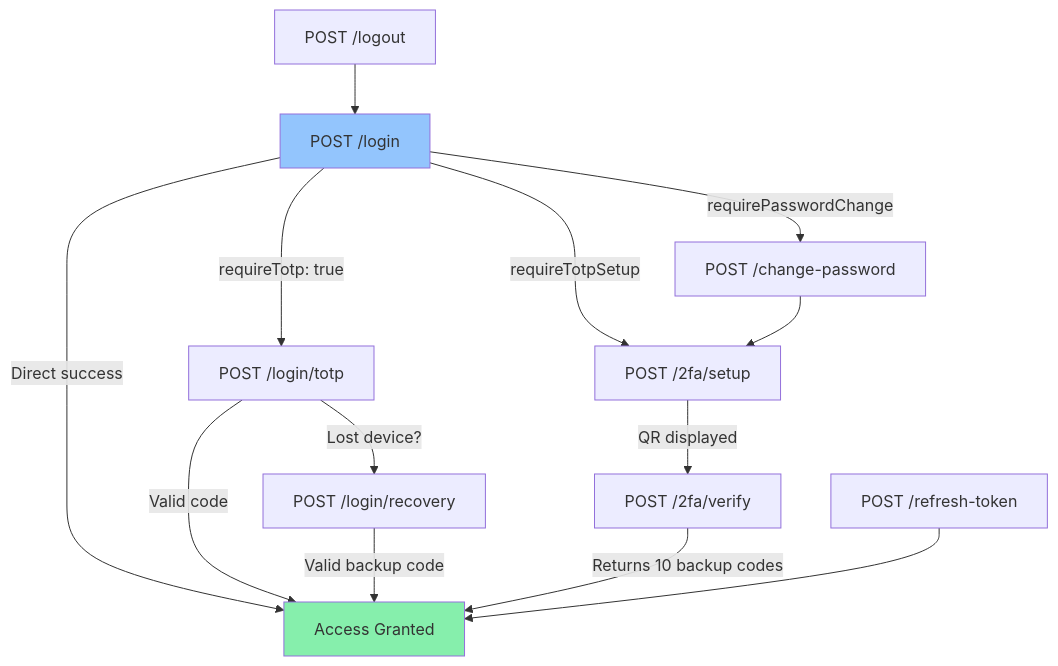
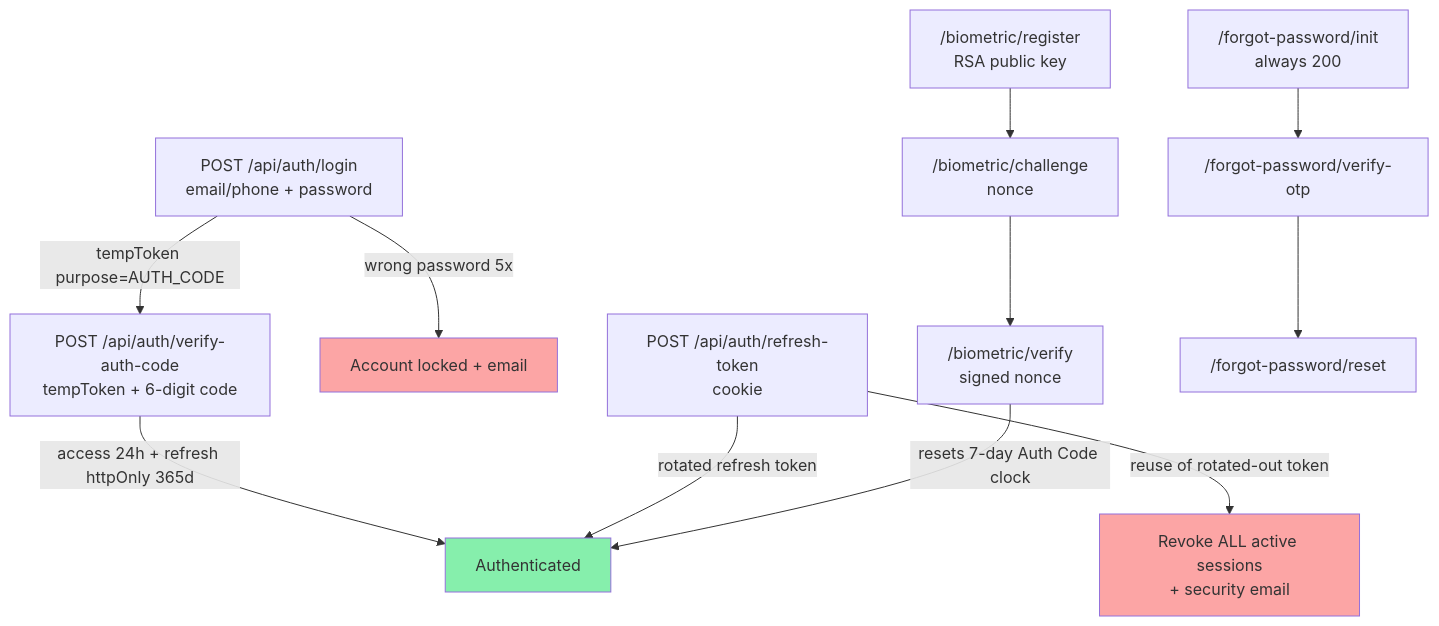
Before and after one commit to urvagandhi/Hospital-Management: the third of 5 diagrams in backend/README.md, drawn with Mermaid. The commit also changed other lines of this file and 5 other files, not shown here.

````diff
--- a/backend/README.md
+++ b/backend/README.md
@@ -134,22 +165,17 @@
 ```mermaid
 flowchart TD
-    LOGIN["POST /login"] -->|requireTotp: true| TOTP_LOGIN["POST /login/totp"]
-    LOGIN -->|requirePasswordChange| CHANGE_PW["POST /change-password"]
-    LOGIN -->|requireTotpSetup| SETUP_2FA["POST /2fa/setup"]
-    LOGIN -->|Direct success| DASHBOARD[Access Granted]
-
-    TOTP_LOGIN -->|Lost device?| RECOVERY["POST /login/recovery"]
-    TOTP_LOGIN -->|Valid code| DASHBOARD
-    RECOVERY -->|Valid backup code| DASHBOARD
-
-    SETUP_2FA -->|QR displayed| VERIFY_2FA["POST /2fa/verify"]
-    VERIFY_2FA -->|Returns 10 backup codes| DASHBOARD
-
-    CHANGE_PW --> SETUP_2FA
-
-    REFRESH["POST /refresh-token"] --> DASHBOARD
-    LOGOUT["POST /logout"] --> LOGIN
+    LOGIN["POST /api/auth/login<br/>email/phone + password"] -- "tempToken purpose=AUTH_CODE" --> VERIFY["POST /api/auth/verify-auth-code<br/>tempToken + 6-digit code"]
+    VERIFY -- "access 24h + refresh httpOnly 365d" --> DASHBOARD[Authenticated]
+    LOGIN -- "wrong password 5x" --> LOCK[Account locked + email]
+    REFRESH["POST /api/auth/refresh-token<br/>cookie"] -- "rotated refresh token" --> DASHBOARD
+    REFRESH -- "reuse of rotated-out token" --> REVOKE_ALL["Revoke ALL active sessions<br/>+ security email"]
+    BIO_REG["/biometric/register<br/>RSA public key"] --> BIO_CHAL["/biometric/challenge<br/>nonce"]
+    BIO_CHAL --> BIO_VER["/biometric/verify<br/>signed nonce"]
+    BIO_VER -- "resets 7-day Auth Code clock" --> DASHBOARD
+    FORGOT_INIT["/forgot-password/init<br/>always 200"] --> FORGOT_VER["/forgot-password/verify-otp"]
+    FORGOT_VER --> FORGOT_RESET["/forgot-password/reset"]
 
     style DASHBOARD fill:#86efac
-    style LOGIN fill:#93c5fd
+    style LOCK fill:#fca5a5
+    style REVOKE_ALL fill:#fca5a5
 ```
````
